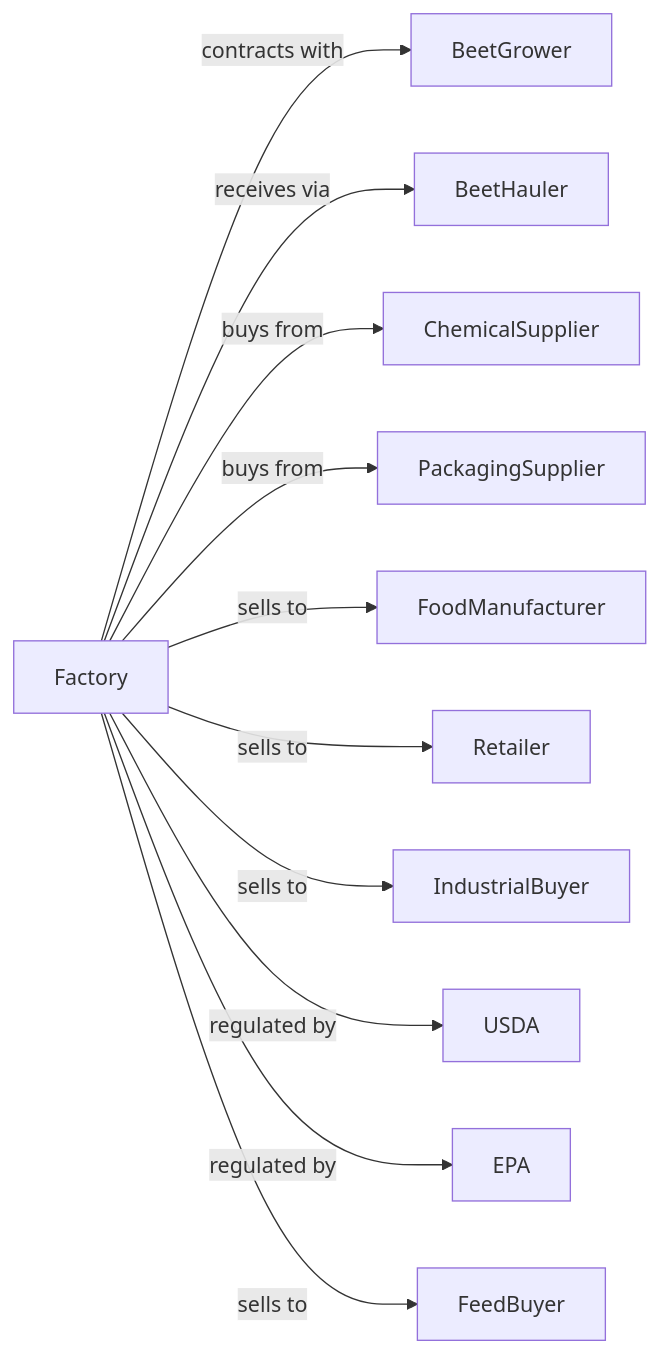
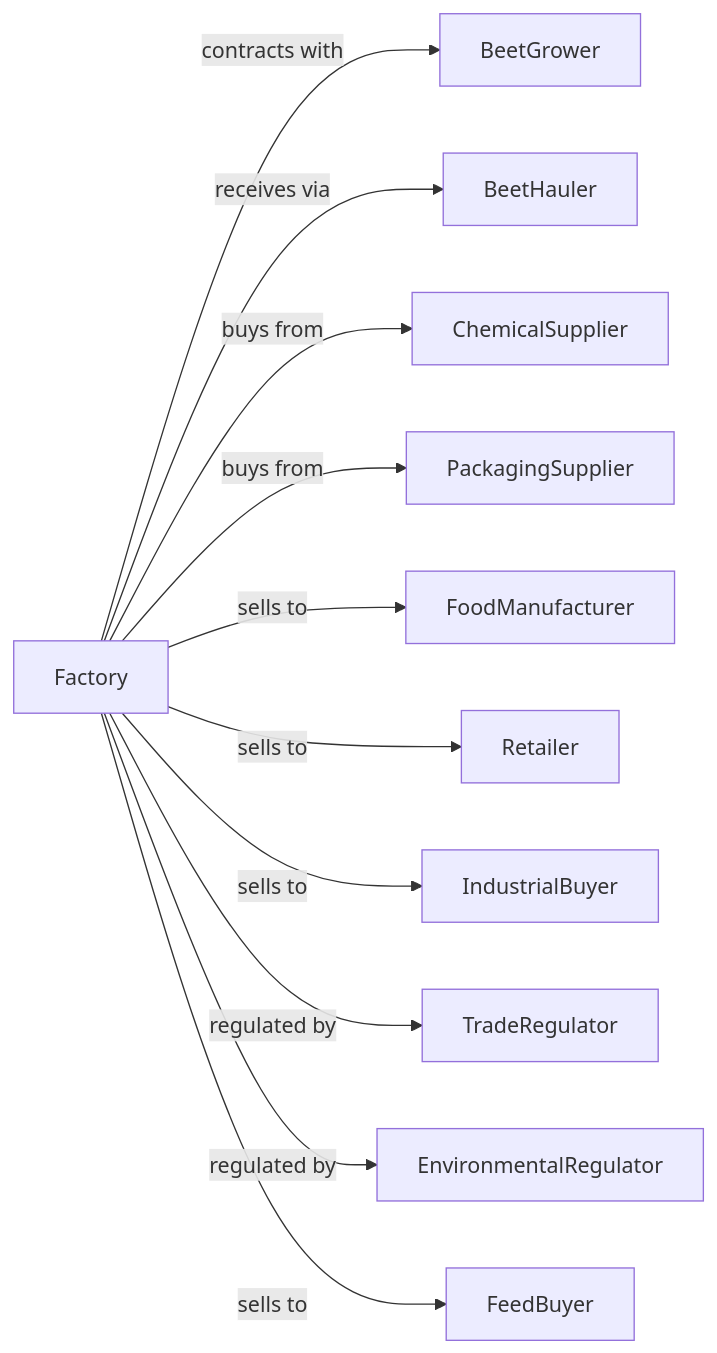
One commit to dot-org-ai/industries.org.ai changed the second of 2 diagrams in Manufacturing/FoodManufacturing/SugarAndConfectioneryProductManufacturing/BeetSugarManufacturing.mdx. Above: the diagram before and after it, drawn with Mermaid. The commit also changed other lines of this file and 639 other files, not shown here.

````diff
--- a/Manufacturing/FoodManufacturing/SugarAndConfectioneryProductManufacturing/BeetSugarManufacturing.mdx
+++ b/Manufacturing/FoodManufacturing/SugarAndConfectioneryProductManufacturing/BeetSugarManufacturing.mdx
@@ -138,15 +138,15 @@
 ```mermaid
 graph LR
     F[Factory]
 
     F -->|contracts with| BeetGrower
     F -->|receives via| BeetHauler
     F -->|buys from| ChemicalSupplier
     F -->|buys from| PackagingSupplier
     F -->|sells to| FoodManufacturer
     F -->|sells to| Retailer
     F -->|sells to| IndustrialBuyer
-    F -->|regulated by| USDA
-    F -->|regulated by| EPA
+    F -->|regulated by| TradeRegulator
+    F -->|regulated by| EnvironmentalRegulator
     F -->|sells to| FeedBuyer
 ```
````
